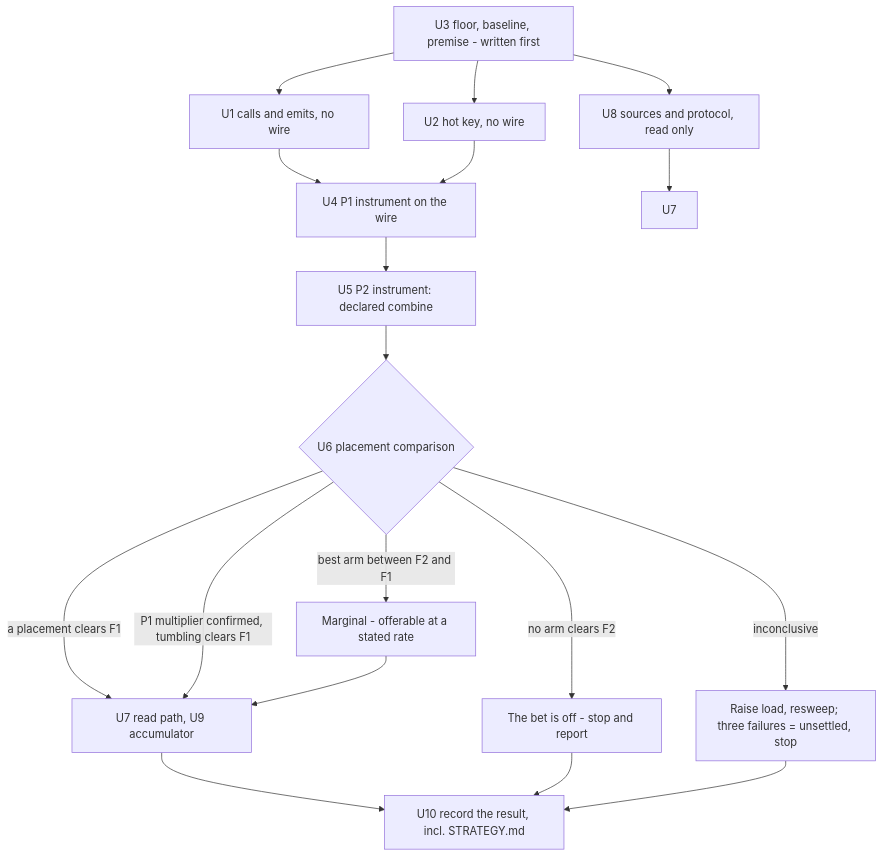
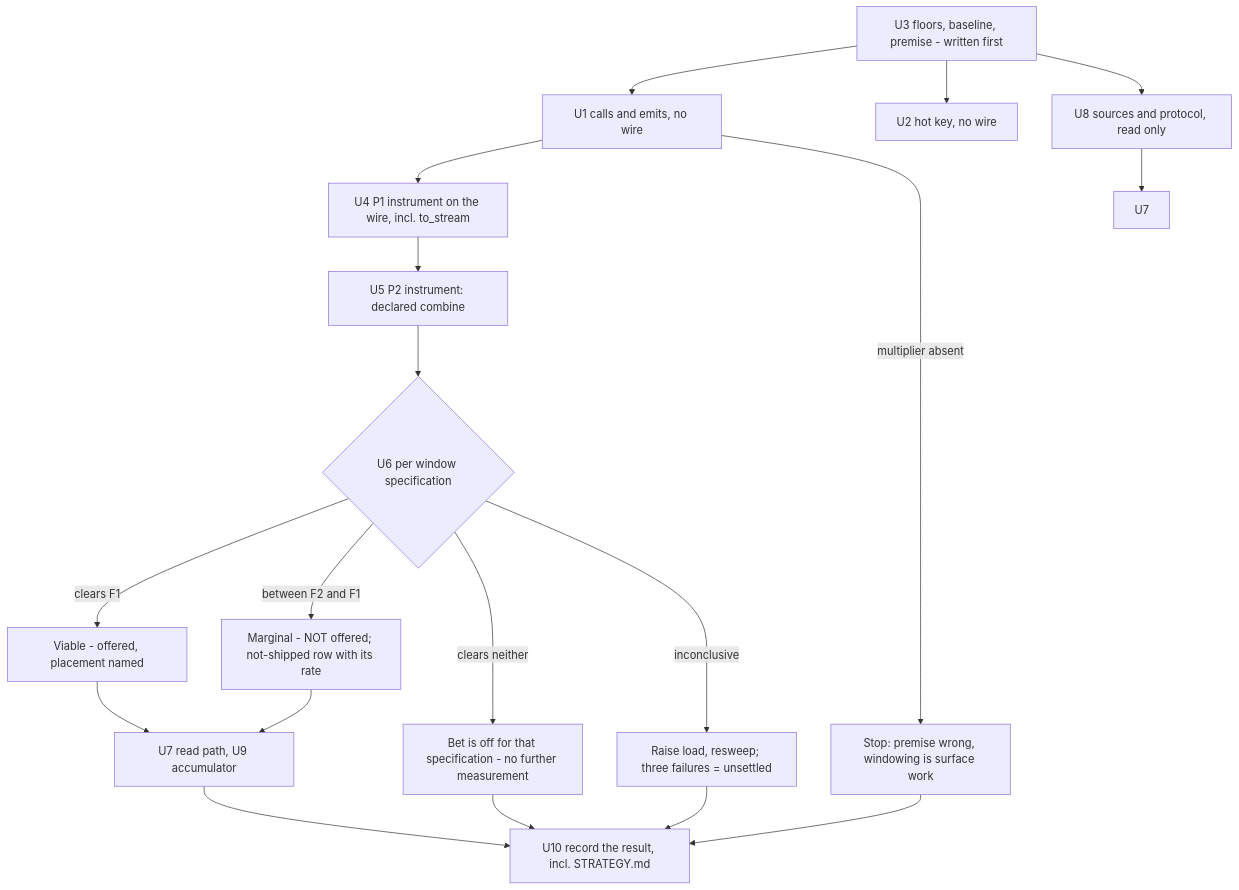
One commit to astubbs/parallel-consumer changed the fourth of 4 diagrams in docs/plans/2026-08-25-001-feat-streams-windowed-aggregation-plan.md. Above: the diagram before and after it, drawn with Mermaid. The commit also changed other lines of this file, not shown here.

````diff
--- a/docs/plans/2026-08-25-001-feat-streams-windowed-aggregation-plan.md
+++ b/docs/plans/2026-08-25-001-feat-streams-windowed-aggregation-plan.md
@@ -211,20 +233,21 @@
 ```mermaid
 flowchart TB
-    U3[U3 floor, baseline, premise - written first] --> U1[U1 calls and emits, no wire]
+    U3[U3 floors, baseline, premise - written first] --> U1[U1 calls and emits, no wire]
     U3 --> U2[U2 hot key, no wire]
     U3 --> U8[U8 sources and protocol, read only]
-    U1 --> U4[U4 P1 instrument on the wire]
-    U2 --> U4
+    U1 --> U4[U4 P1 instrument on the wire, incl. to_stream]
+    U1 -->|multiplier absent| Surface[Stop: premise wrong, windowing is surface work]
     U4 --> U5[U5 P2 instrument: declared combine]
-    U5 --> U6{U6 placement comparison}
-    U6 -->|a placement clears F1| Rest[U7 read path, U9 accumulator]
-    U6 -->|P1 multiplier confirmed, tumbling clears F1| Rest
-    U6 -->|best arm between F2 and F1| Marg[Marginal - offerable at a stated rate]
-    U6 -->|no arm clears F2| Off[The bet is off - stop and report]
-    U6 -->|inconclusive| Raise[Raise load, resweep; three failures = unsettled, stop]
+    U5 --> U6{U6 per window specification}
+    U6 -->|clears F1| Viable[Viable - offered, placement named]
+    U6 -->|between F2 and F1| Marg[Marginal - NOT offered; not-shipped row with its rate]
+    U6 -->|clears neither| Off[Bet is off for that specification - no further measurement]
+    U6 -->|inconclusive| Raise[Raise load, resweep; three failures = unsettled]
+    Viable --> Rest[U7 read path, U9 accumulator]
+    Marg --> Rest
     U8 --> U7
     Rest --> U10[U10 record the result, incl. STRATEGY.md]
-    Marg --> Rest
     Off --> U10
     Raise --> U10
+    Surface --> U10
 ```
````
